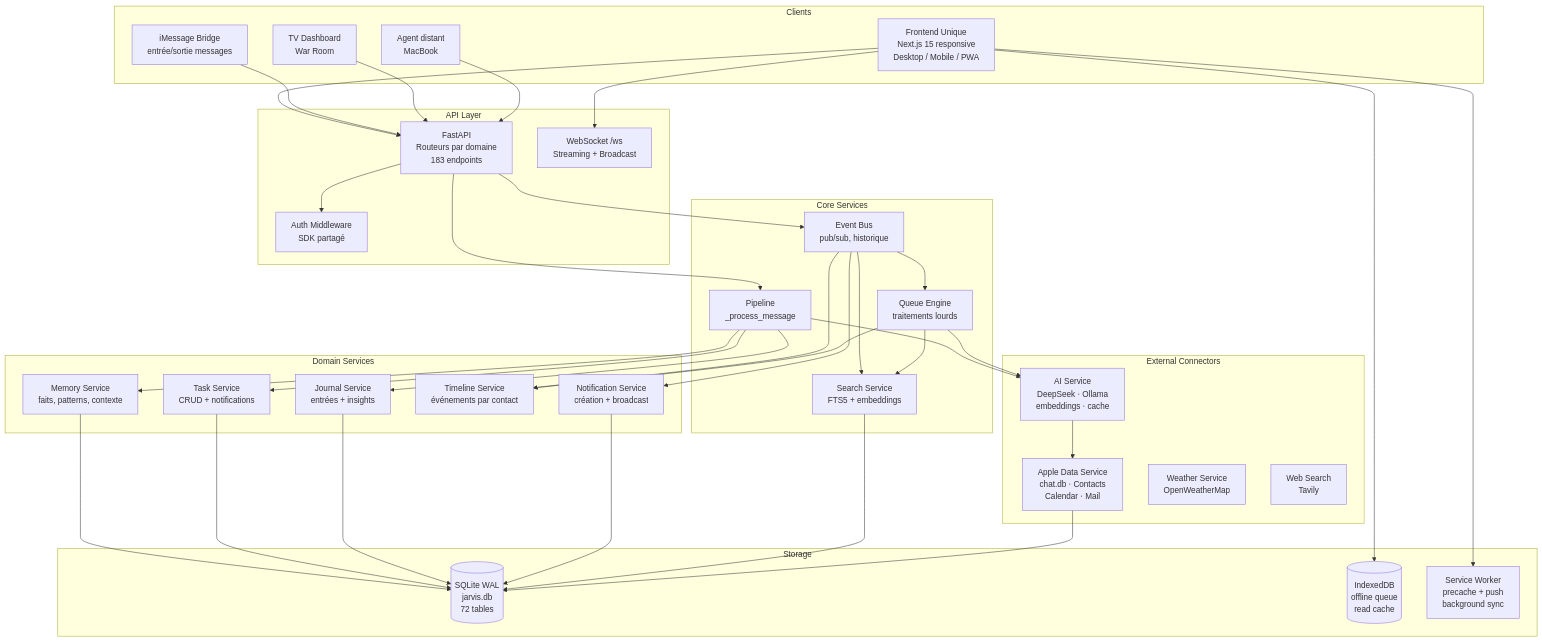
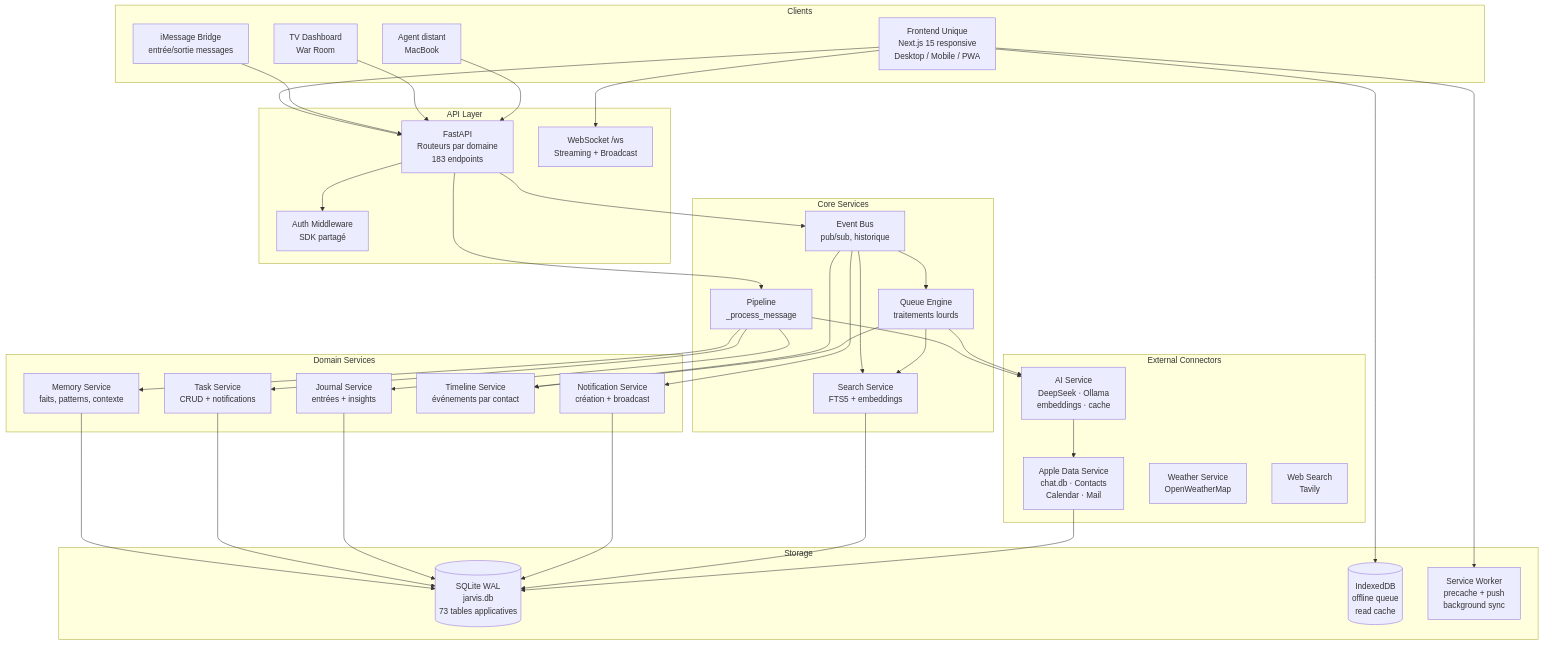
Before and after one commit to AVTAVANTTOUT2/JarvisAPI: the first of 3 diagrams in Architecture/08_ARCHITECTURE_CIBLE.md, drawn with Mermaid. The commit also changed other lines of this file and 21 other files, not shown here.

````diff
--- a/Architecture/08_ARCHITECTURE_CIBLE.md
+++ b/Architecture/08_ARCHITECTURE_CIBLE.md
@@ -12,79 +12,79 @@
 ```mermaid
 graph TB
     subgraph "Clients"
         FRONT["Frontend Unique<br/>Next.js 15 responsive<br/>Desktop / Mobile / PWA"]
         IMESSAGE_BRIDGE["iMessage Bridge<br/>entrée/sortie messages"]
         TV["TV Dashboard<br/>War Room"]
         AGENT["Agent distant<br/>MacBook"]
     end
 
     subgraph "API Layer"
         API["FastAPI<br/>Routeurs par domaine<br/>183 endpoints"]
         WS["WebSocket /ws<br/>Streaming + Broadcast"]
         AUTH["Auth Middleware<br/>SDK partagé"]
     end
 
     subgraph "Core Services"
         ORCH["Pipeline<br/>_process_message"]
         EVENT_BUS["Event Bus<br/>pub/sub, historique"]
         QUEUE["Queue Engine<br/>traitements lourds"]
         SEARCH["Search Service<br/>FTS5 + embeddings"]
     end
 
     subgraph "Domain Services"
         MEMORY["Memory Service<br/>faits, patterns, contexte"]
         TASK["Task Service<br/>CRUD + notifications"]
         JOURNAL["Journal Service<br/>entrées + insights"]
         TIMELINE["Timeline Service<br/>événements par contact"]
         NOTIF["Notification Service<br/>création + broadcast"]
     end
 
     subgraph "External Connectors"
         APPLE["Apple Data Service<br/>chat.db ⋅ Contacts<br/>Calendar ⋅ Mail"]
         LLM["AI Service<br/>DeepSeek ⋅ Ollama<br/>embeddings ⋅ cache"]
         WEATHER["Weather Service<br/>OpenWeatherMap"]
         WEB_SEARCH["Web Search<br/>Tavily"]
     end
 
     subgraph "Storage"
-        SQLITE[(SQLite WAL<br/>jarvis.db<br/>72 tables)]
+        SQLITE[(SQLite WAL<br/>jarvis.db<br/>73 tables applicatives)]
         IDB[(IndexedDB<br/>offline queue<br/>read cache)]
         SW["Service Worker<br/>precache + push<br/>background sync"]
     end
 
     FRONT --> API
     FRONT --> WS
     IMESSAGE_BRIDGE --> API
     TV --> API
     AGENT --> API
 
     API --> AUTH
     API --> ORCH
     API --> EVENT_BUS
 
     ORCH --> MEMORY
     ORCH --> TASK
     ORCH --> JOURNAL
     ORCH --> LLM
 
     EVENT_BUS --> NOTIF
     EVENT_BUS --> QUEUE
     EVENT_BUS --> TIMELINE
     EVENT_BUS --> SEARCH
 
     QUEUE --> LLM
     QUEUE --> SEARCH
     QUEUE --> TIMELINE
 
     MEMORY --> SQLITE
     TASK --> SQLITE
     JOURNAL --> SQLITE
     NOTIF --> SQLITE
     SEARCH --> SQLITE
 
     APPLE --> SQLITE
     LLM --> APPLE
 
     FRONT --> IDB
     FRONT --> SW
 ```
````
